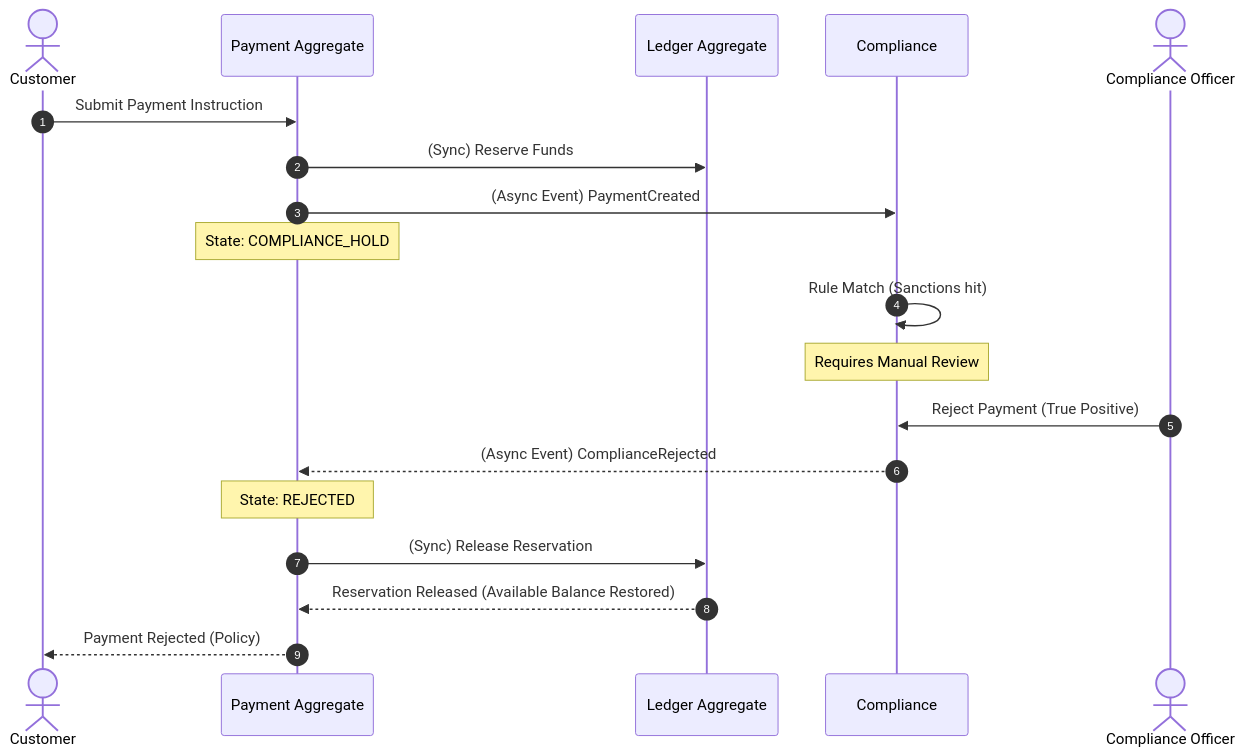
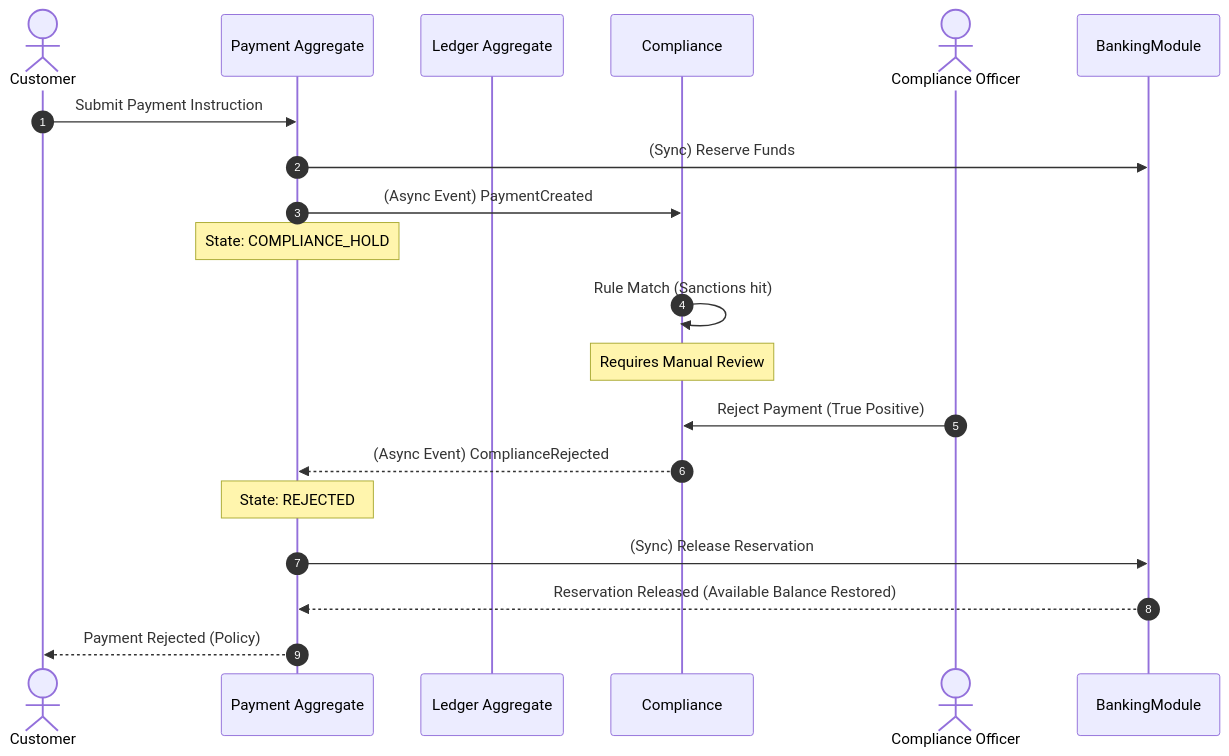
The second of 3 diagrams in docs/domain/interaction-flows.md (Rohan-Stark/CrossPayNet), drawn with Mermaid before and after one commit. The commit also changed other lines of this file and 6 other files, not shown here.

````diff
--- a/docs/domain/interaction-flows.md
+++ b/docs/domain/interaction-flows.md
@@ -62,28 +62,28 @@
 ```mermaid
 sequenceDiagram
     autonumber
     actor Customer
     participant PaymentModule as Payment Aggregate
     participant LedgerModule as Ledger Aggregate
     participant ComplianceModule as Compliance
     actor ComplianceOfficer as Compliance Officer
 
     Customer->>PaymentModule: Submit Payment Instruction
-    PaymentModule->>LedgerModule: (Sync) Reserve Funds
+    PaymentModule->>BankingModule: (Sync) Reserve Funds
     
     PaymentModule->>ComplianceModule: (Async Event) PaymentCreated
     Note over PaymentModule: State: COMPLIANCE_HOLD
     
     ComplianceModule->>ComplianceModule: Rule Match (Sanctions hit)
     Note over ComplianceModule: Requires Manual Review
     
     ComplianceOfficer->>ComplianceModule: Reject Payment (True Positive)
     ComplianceModule-->>PaymentModule: (Async Event) ComplianceRejected
     
     %% Compensating Action Pre-Commitment
     Note over PaymentModule: State: REJECTED
-    PaymentModule->>LedgerModule: (Sync) Release Reservation
-    LedgerModule-->>PaymentModule: Reservation Released (Available Balance Restored)
+    PaymentModule->>BankingModule: (Sync) Release Reservation
+    BankingModule-->>PaymentModule: Reservation Released (Available Balance Restored)
     
     PaymentModule-->>Customer: Payment Rejected (Policy)
 ```
````
